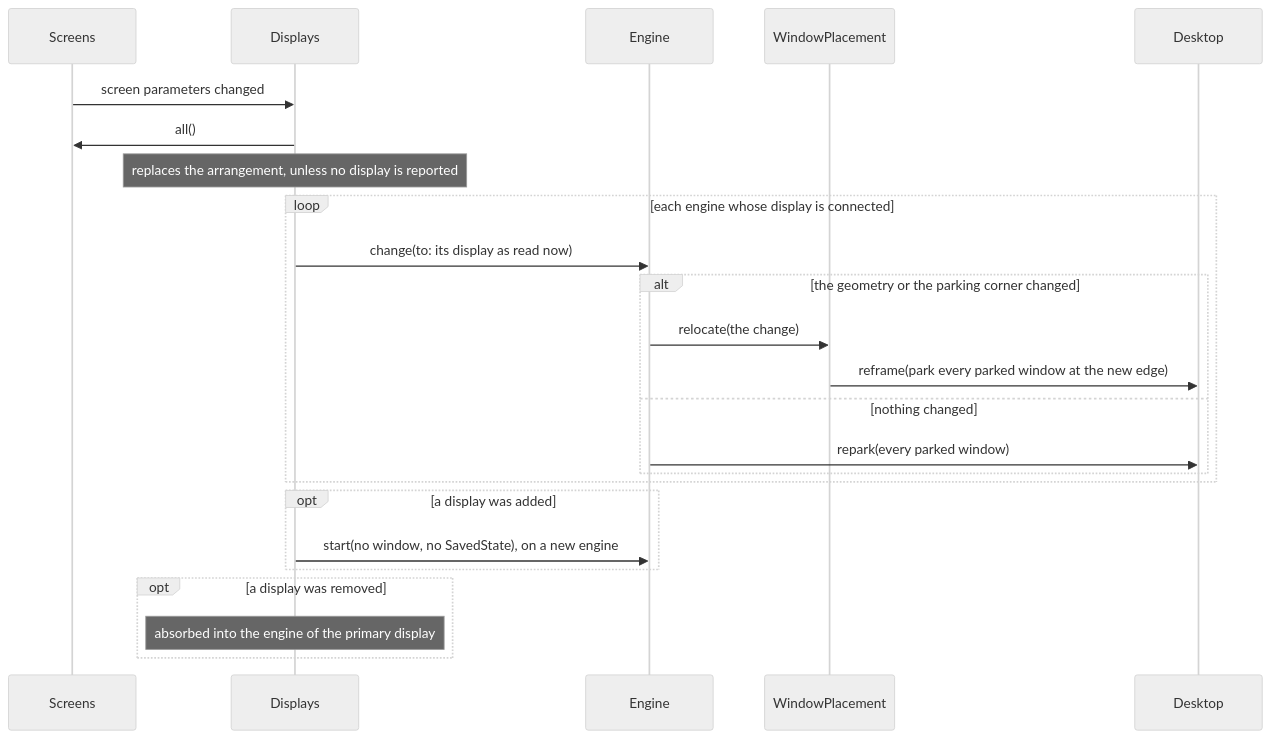
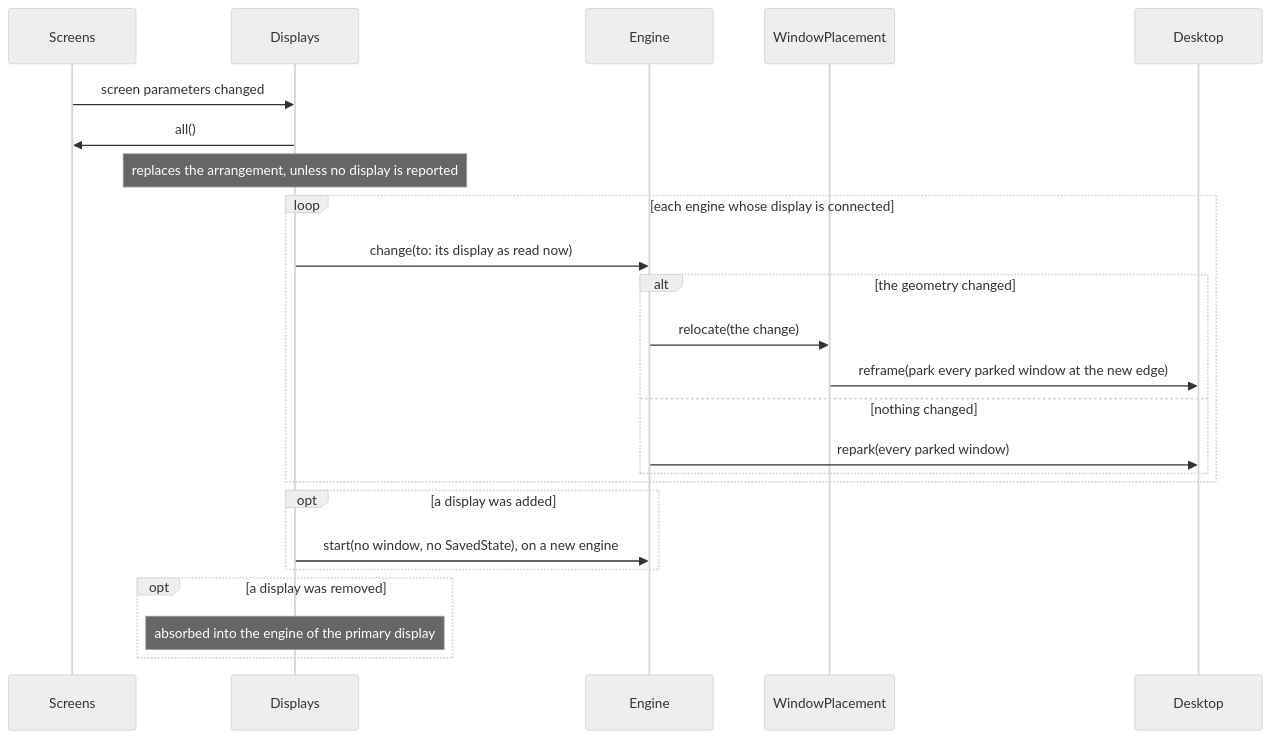
Before and after one commit to brennovich/ottowm: diagram 16 of 25 in ARCHITECTURE.md, drawn with Mermaid (neutral theme). The commit also changed other lines of this file and 16 other files, not shown here.

````diff
--- a/ARCHITECTURE.md
+++ b/ARCHITECTURE.md
@@ -390,21 +390,21 @@
 ```mermaid
 sequenceDiagram
     Screens->>Displays: screen parameters changed
     Displays->>Screens: all()
     Note over Displays: replaces the arrangement, unless no display is reported
     loop each engine whose display is connected
         Displays->>Engine: change(to: its display as read now)
-        alt the geometry or the parking corner changed
+        alt the geometry changed
             Engine->>WindowPlacement: relocate(the change)
             WindowPlacement->>Desktop: reframe(park every parked window at the new edge)
         else nothing changed
             Engine->>Desktop: repark(every parked window)
         end
     end
     opt a display was added
         Displays->>Engine: start(no window, no SavedState), on a new engine
     end
     opt a display was removed
         Note over Displays: absorbed into the engine of the primary display
     end
 ```
````
